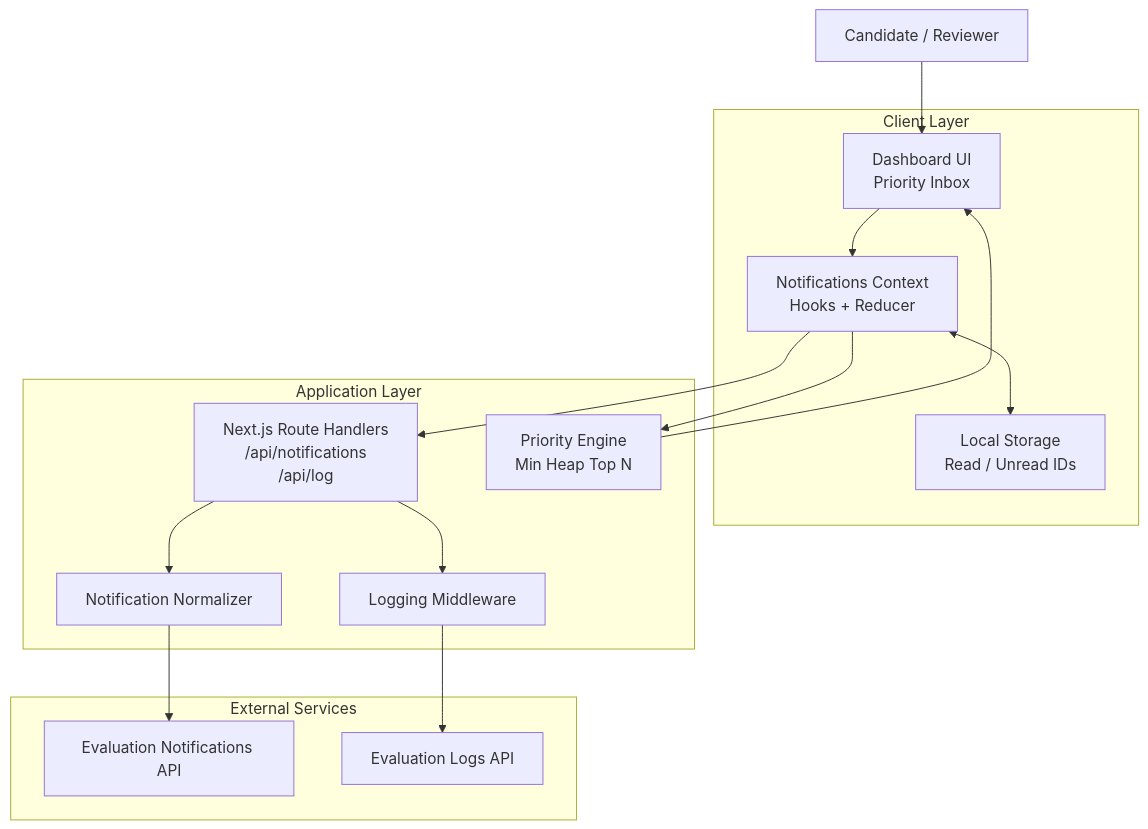
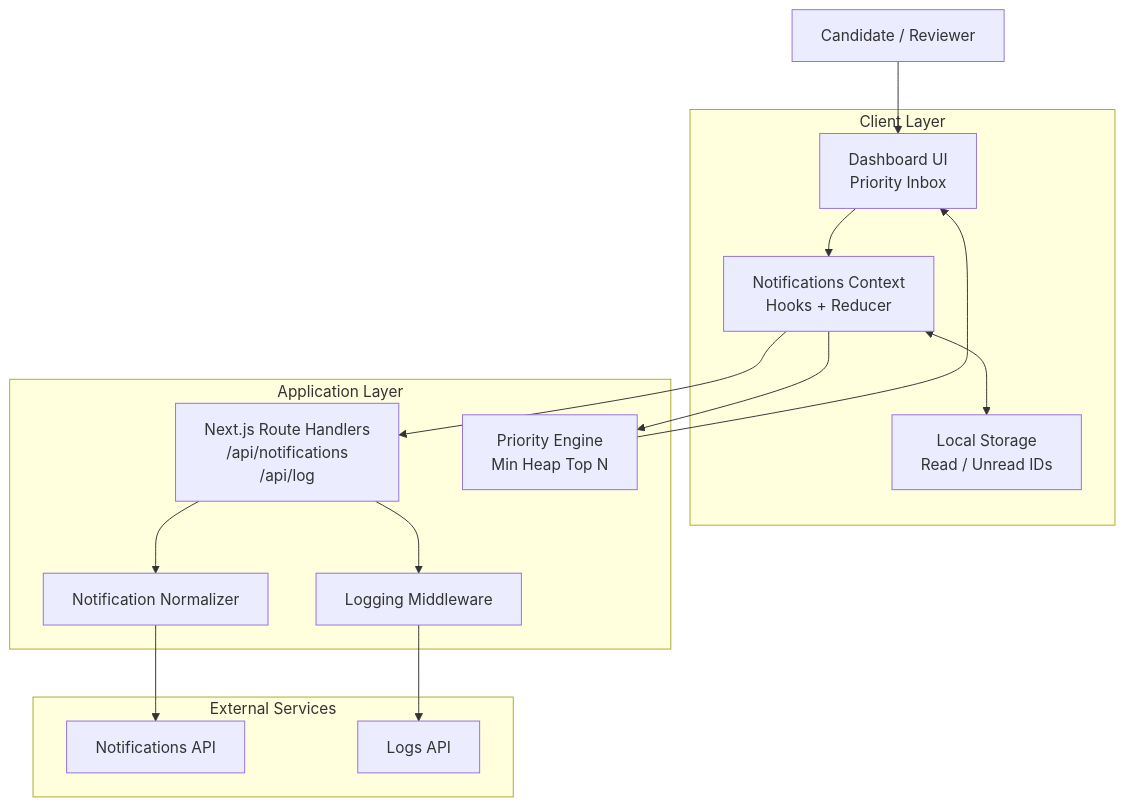
One commit to prajjwal-17/RA2311026010224 changed the diagram in README.md. Above: the diagram before and after it, drawn with Mermaid. The commit also changed other lines of this file and 43 other files, not shown here.

````diff
--- a/README.md
+++ b/README.md
@@ -119,33 +119,33 @@
 ```mermaid
 flowchart TB
     user[Candidate / Reviewer]
 
     subgraph client[Client Layer]
         ui[Dashboard UI<br/>Priority Inbox]
         state[Notifications Context<br/>Hooks + Reducer]
         storage[Local Storage<br/>Read / Unread IDs]
     end
 
     subgraph app[Application Layer]
         proxy[Next.js Route Handlers<br/>/api/notifications<br/>/api/log]
         heap[Priority Engine<br/>Min Heap Top N]
         logger[Logging Middleware]
         mapper[Notification Normalizer]
     end
 
     subgraph external[External Services]
-        notif[Evaluation Notifications API]
-        logs[Evaluation Logs API]
+        notif[Notifications API]
+        logs[Logs API]
     end
 
     user --> ui
     ui --> state
     state <--> storage
     state --> heap
     state --> proxy
     proxy --> mapper
     mapper --> notif
     proxy --> logger
     logger --> logs
     heap --> ui
 ```
````
